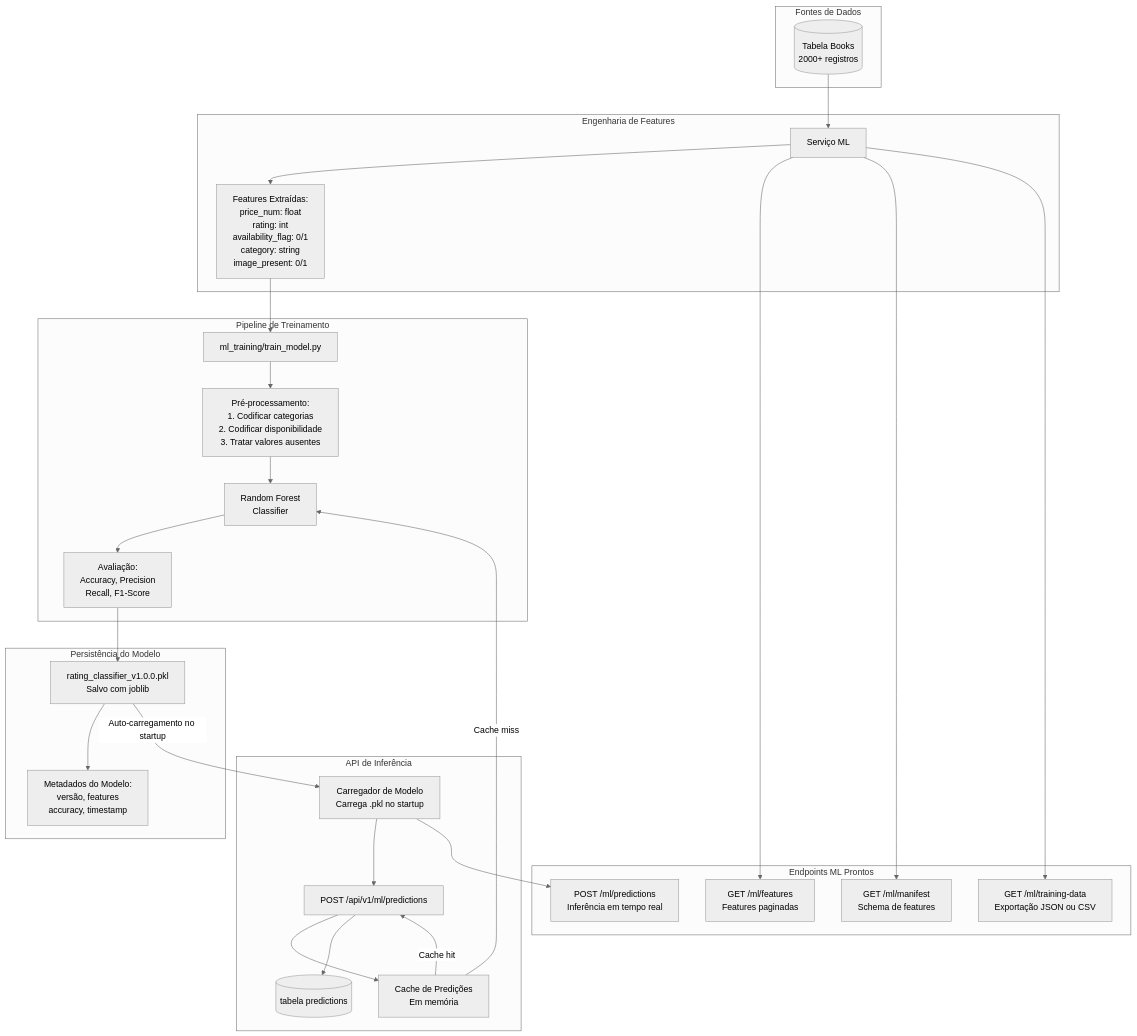
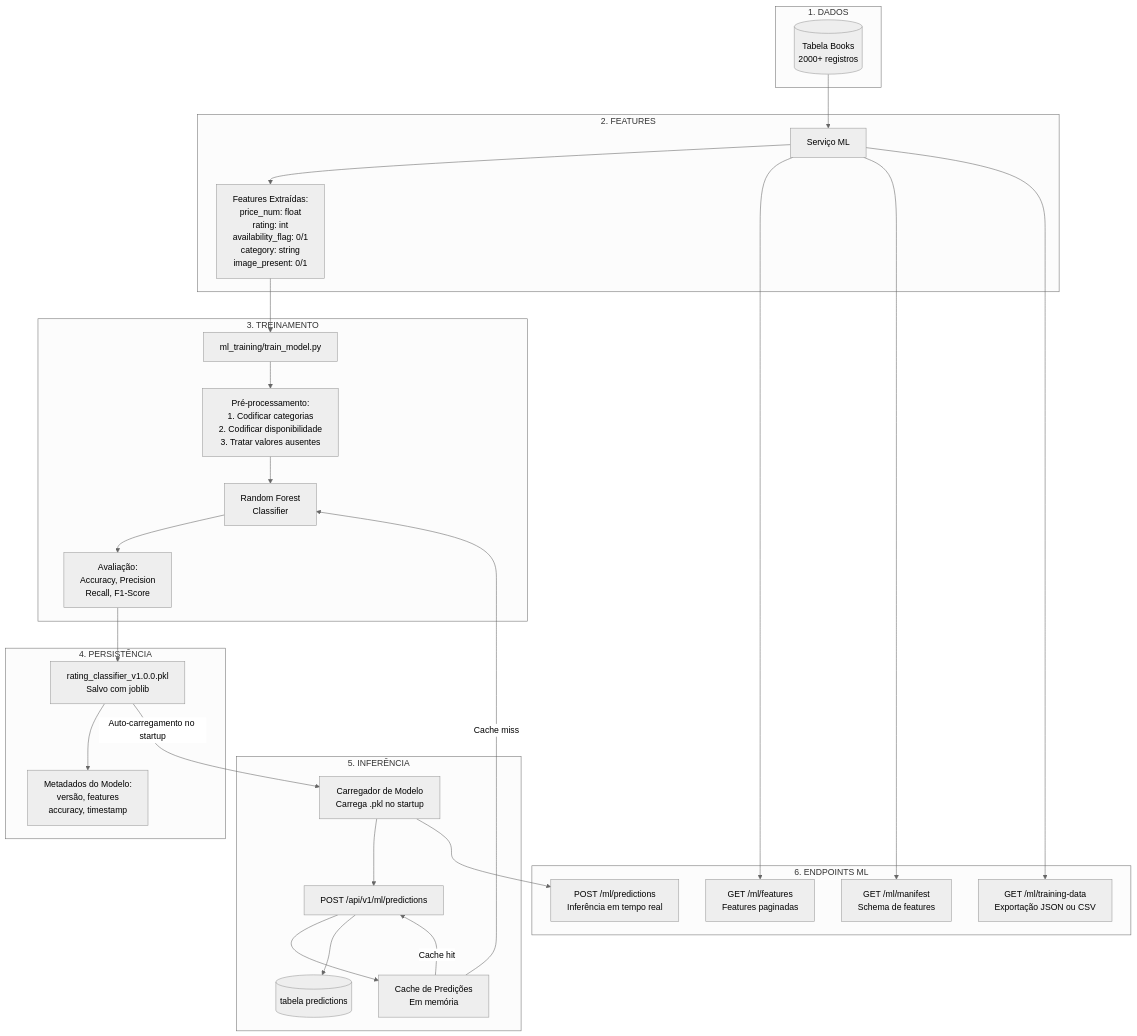
Before and after one commit to going-merry-fiap-mle/fase-1: the third of 6 diagrams in docs/architecture-diagrams.md, drawn with Mermaid (neutral theme). The commit also changed other lines of this file and 14 other files, not shown here.

````diff
--- a/docs/architecture-diagrams.md
+++ b/docs/architecture-diagrams.md
@@ -177,58 +177,58 @@
 ```mermaid
 graph TB
-    subgraph "Fontes de Dados"
+    subgraph "1. DADOS"
         Books[(Tabela Books<br/>2000+ registros)]
     end
 
-    subgraph "Engenharia de Features"
+    subgraph "2. FEATURES"
         MLService[Serviço ML]
         Features[Features Extraídas:<br/>price_num: float<br/>rating: int<br/>availability_flag: 0/1<br/>category: string<br/>image_present: 0/1]
     end
 
-    subgraph "Pipeline de Treinamento"
+    subgraph "3. TREINAMENTO"
         TrainScript[ml_training/train_model.py]
         Preprocessing[Pré-processamento:<br/>1. Codificar categorias<br/>2. Codificar disponibilidade<br/>3. Tratar valores ausentes]
         Model[Random Forest<br/>Classifier]
         Evaluation[Avaliação:<br/>Accuracy, Precision<br/>Recall, F1-Score]
     end
 
-    subgraph "Persistência do Modelo"
+    subgraph "4. PERSISTÊNCIA"
         PKL[rating_classifier_v1.0.0.pkl<br/>Salvo com joblib]
         Metadata[Metadados do Modelo:<br/>versão, features<br/>accuracy, timestamp]
     end
 
-    subgraph "API de Inferência"
+    subgraph "5. INFERÊNCIA"
         LoadModel[Carregador de Modelo<br/>Carrega .pkl no startup]
         PredictionEndpoint[POST /api/v1/ml/predictions]
         Cache[Cache de Predições<br/>Em memória]
         SaveDB[(tabela predictions)]
     end
 
-    subgraph "Endpoints ML Prontos"
+    subgraph "6. ENDPOINTS ML"
         EP1[GET /ml/features<br/>Features paginadas]
         EP2[GET /ml/manifest<br/>Schema de features]
         EP3[GET /ml/training-data<br/>Exportação JSON ou CSV]
         EP4[POST /ml/predictions<br/>Inferência em tempo real]
     end
 
     Books --> MLService
     MLService --> Features
     Features --> TrainScript
     TrainScript --> Preprocessing
     Preprocessing --> Model
     Model --> Evaluation
     Evaluation --> PKL
     PKL --> Metadata
 
     PKL -->|Auto-carregamento no startup| LoadModel
     LoadModel --> PredictionEndpoint
     PredictionEndpoint --> Cache
     Cache -->|Cache hit| PredictionEndpoint
     Cache -->|Cache miss| Model
     PredictionEndpoint --> SaveDB
 
     MLService --> EP1
     MLService --> EP2
     MLService --> EP3
     LoadModel --> EP4
 ```
````
